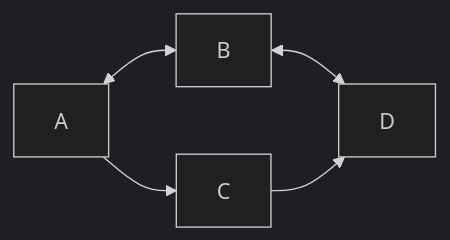
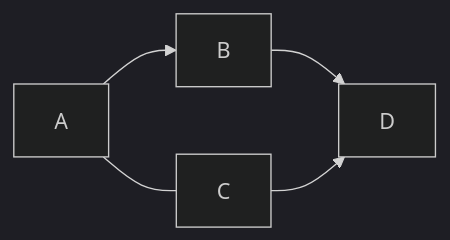
One commit to humiki-kirora/enginner_study changed the diagram in Language/Markdown/Markdown記法.md. Above: the diagram before and after it, drawn with Mermaid (dark theme). The commit also changed other lines of this file, not shown here.

Commit message:
study 0901

````diff
--- a/Language/Markdown/Markdown記法.md
+++ b/Language/Markdown/Markdown記法.md
@@ -248,7 +248,7 @@
 ```mermaid
-graph LR;
-  A<-->B;
-  A-->C;
-  B<-->D;
+flowchart LR;
+  A-->B;
+  A---C;
+  B-->D;
   C-->D;
 ```
````
